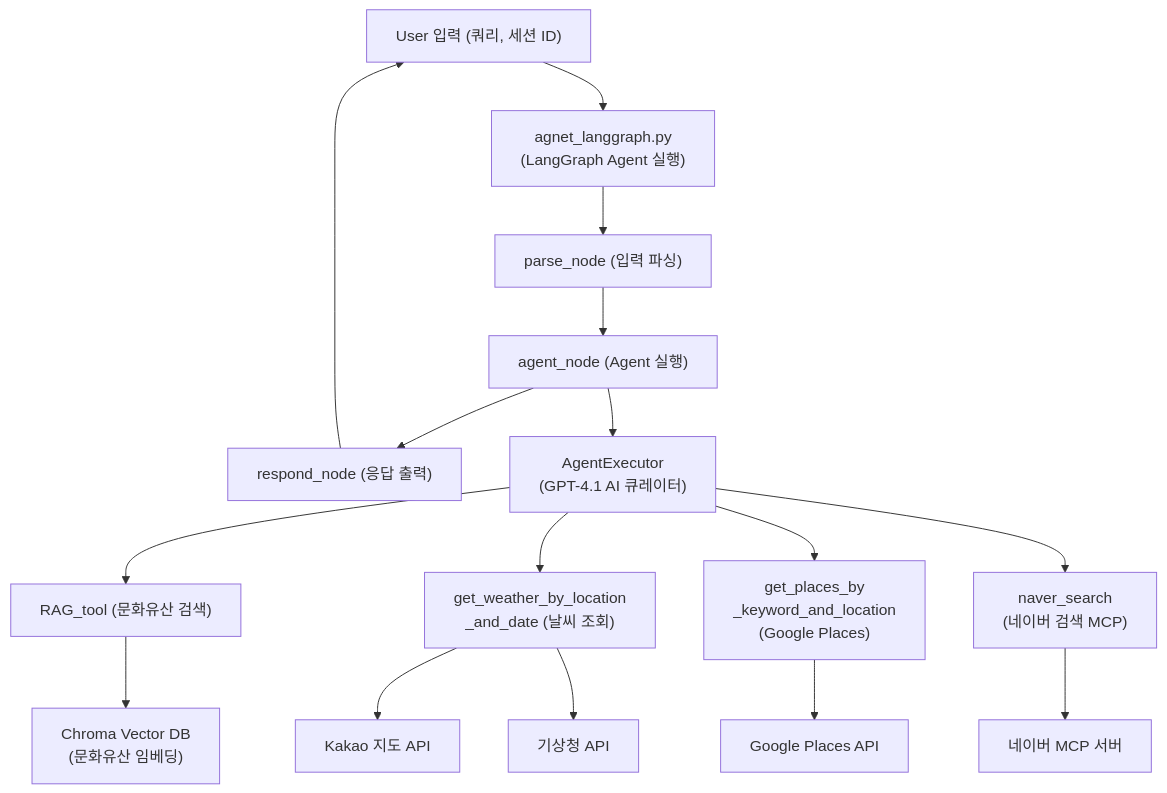
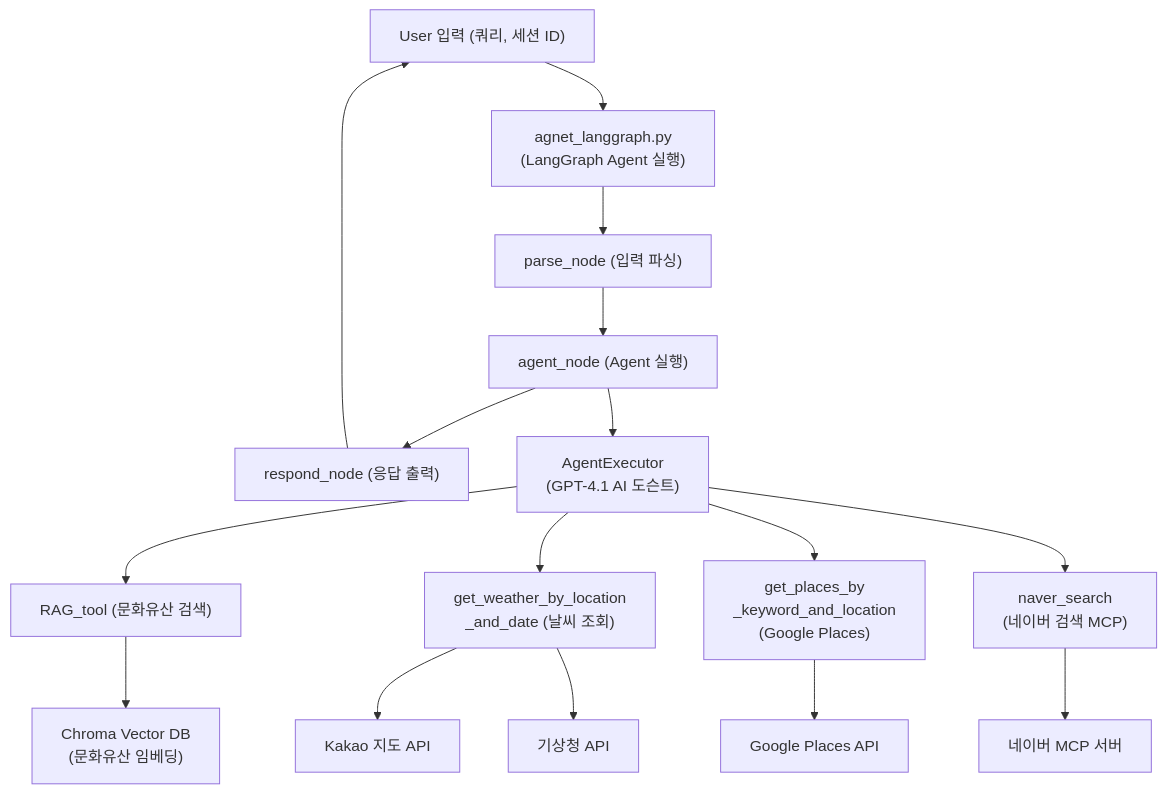
The diagram in README.md (SKNETWORKS-FAMILY-AICAMP/SKN13-3rd-5Team), drawn with Mermaid before and after one commit. The commit also changed other lines of this file, not shown here.

````diff
--- a/README.md
+++ b/README.md
@@ -159,39 +159,39 @@
 ```mermaid
 graph TD
   User["User 입력 (쿼리, 세션 ID)"]
   MainApp["agnet_langgraph.py
 (LangGraph Agent 실행)"]
   ParseNode["parse_node (입력 파싱)"]
   AgentNode["agent_node (Agent 실행)"]
   RespondNode["respond_node (응답 출력)"]
   AgentExecutor["AgentExecutor
-(GPT-4.1 AI 큐레이터)"]
+(GPT-4.1 AI 도슨트)"]
   RAGTool["RAG_tool (문화유산 검색)"]
   WeatherTool["get_weather_by_location
 _and_date (날씨 조회)"]
   PlacesTool["get_places_by
 _keyword_and_location
 (Google Places)"]
   NaverSearchTool["naver_search
 (네이버 검색 MCP)"]
   KakaoAPI["Kakao 지도 API"]
   WeatherAPI["기상청 API"]
   GooglePlacesAPI["Google Places API"]
   NaverMCPAPI["네이버 MCP 서버"]
   ChromaDB["Chroma Vector DB
 (문화유산 임베딩)"]
 
   User --> MainApp
   MainApp --> ParseNode --> AgentNode --> RespondNode --> User
   AgentNode --> AgentExecutor
   AgentExecutor --> RAGTool
   AgentExecutor --> WeatherTool
   AgentExecutor --> PlacesTool
   AgentExecutor --> NaverSearchTool
   RAGTool --> ChromaDB
   WeatherTool --> KakaoAPI
   WeatherTool --> WeatherAPI
   PlacesTool --> GooglePlacesAPI
   NaverSearchTool --> NaverMCPAPI
 
 ```
````
